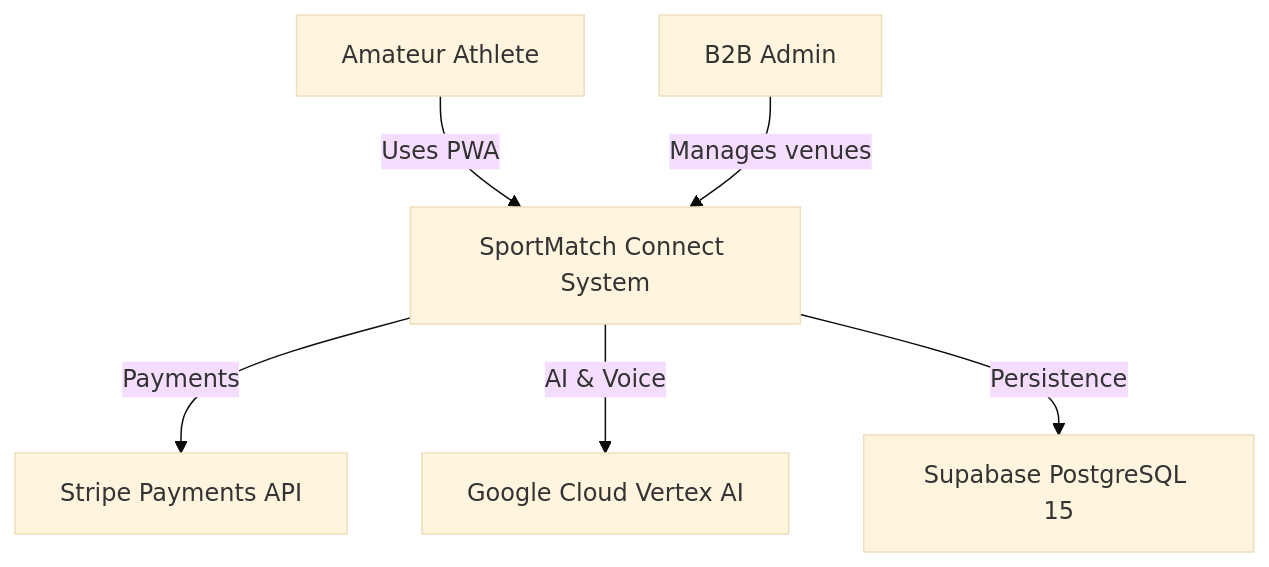
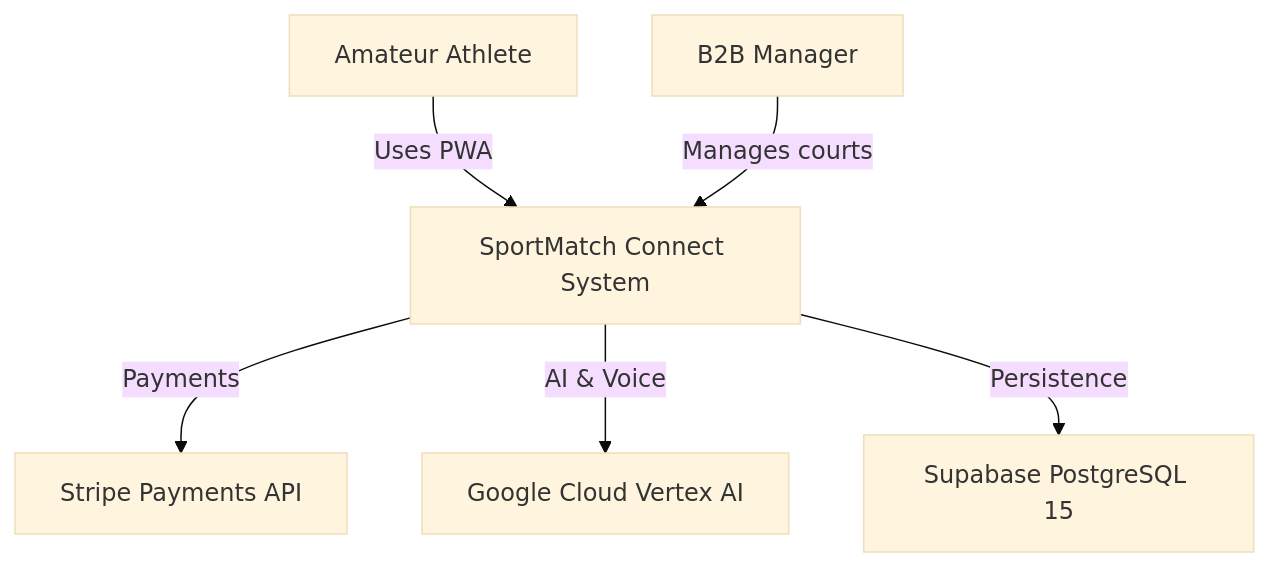
The fourth of 5 diagrams in ENTREGABLE/1. Trabajo Final Matias/TESIS_FINAL_SPORTMATCH_EN.md (jojiz29/sportmatch-connect), drawn with Mermaid (base theme) before and after one commit. The commit also changed other lines of this file and 1 other file, not shown here.

````diff
--- a/ENTREGABLE/1. Trabajo Final Matias/TESIS_FINAL_SPORTMATCH_EN.md
+++ b/ENTREGABLE/1. Trabajo Final Matias/TESIS_FINAL_SPORTMATCH_EN.md
@@ -349,8 +446,8 @@
 ```mermaid
 graph TB
     U["Amateur Athlete"] -->|Uses PWA| SM["SportMatch Connect System"]
-    A["B2B Admin"] -->|Manages venues| SM
+    A["B2B Manager"] -->|Manages courts| SM
     SM -->|Payments| STR["Stripe Payments API"]
     SM -->|AI & Voice| GCP["Google Cloud Vertex AI"]
     SM -->|Persistence| SUP["Supabase PostgreSQL 15"]
 ```
````
